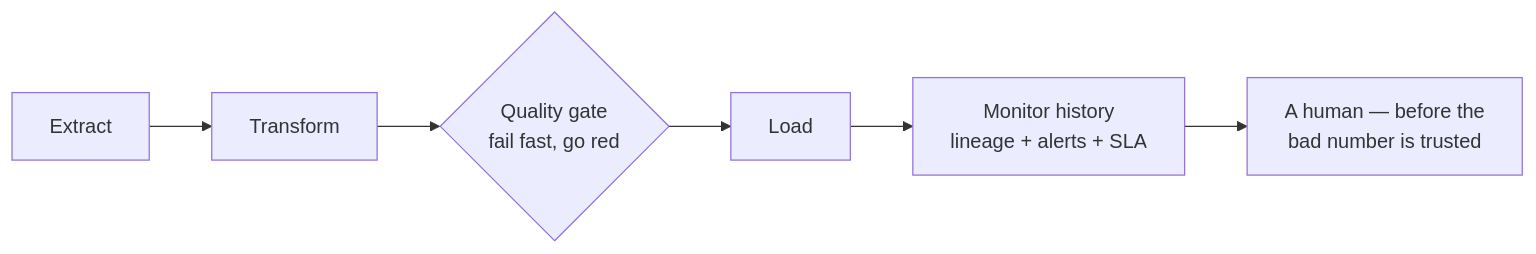
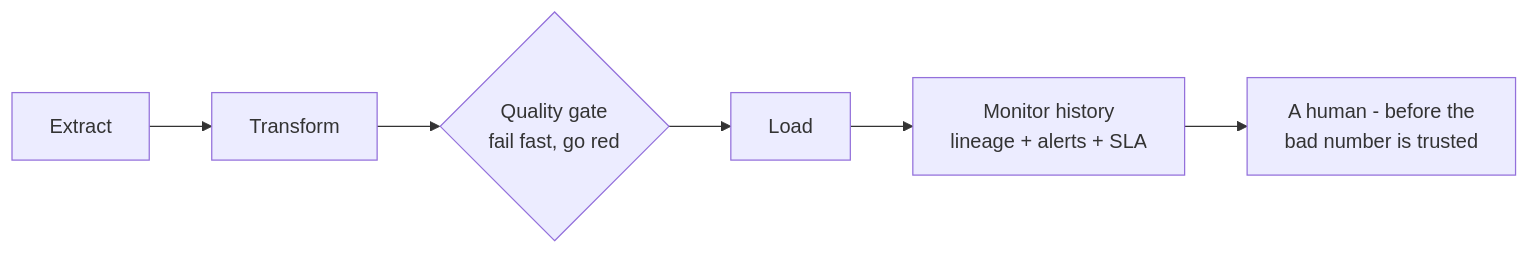
The second of 2 diagrams in guides/data-analytics/data-quality-and-observability/03-pipeline-observability.md (Topurrra/themissingmanual), drawn with Mermaid before and after one commit. The commit also changed other lines of this file and 1009 other files, not shown here.

````diff
--- a/guides/data-analytics/data-quality-and-observability/03-pipeline-observability.md
+++ b/guides/data-analytics/data-quality-and-observability/03-pipeline-observability.md
@@ -138,8 +138,8 @@
 ```mermaid
 flowchart LR
   E[Extract] --> T[Transform]
   T --> G{Quality gate<br/>fail fast, go red}
   G --> L[Load]
   L --> M[Monitor history<br/>lineage + alerts + SLA]
-  M --> H[A human — before the<br/>bad number is trusted]
+  M --> H[A human - before the<br/>bad number is trusted]
 ```
````
